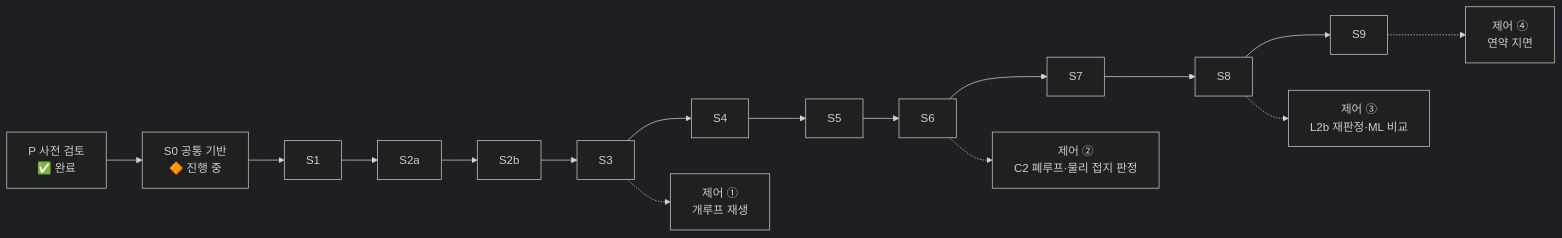
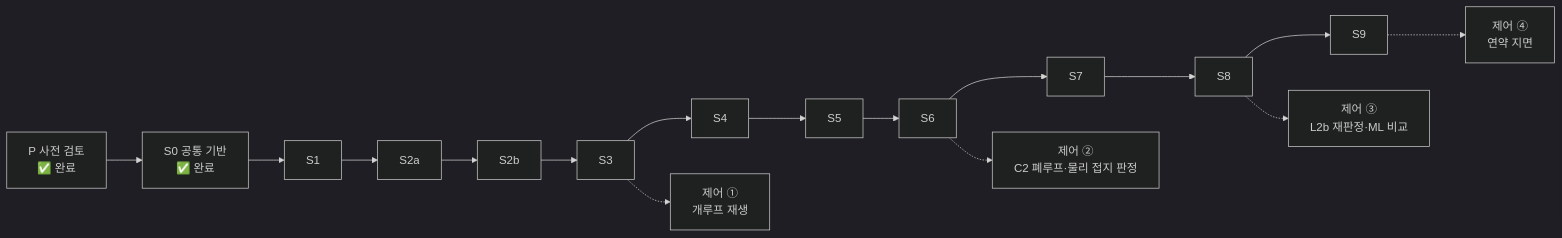
The diagram in 00_docs/00_roadmap.md (jinbeomjeong/outrigger_control), drawn with Mermaid (dark theme) before and after one commit. The commit also changed other lines of this file and 18 other files, not shown here.

````diff
--- a/00_docs/00_roadmap.md
+++ b/00_docs/00_roadmap.md
@@ -17,10 +17,10 @@
 ```mermaid
 flowchart LR
-    P["P 사전 검토<br/>✅ 완료"] --> S0["S0 공통 기반<br/>🔶 진행 중"]
+    P["P 사전 검토<br/>✅ 완료"] --> S0["S0 공통 기반<br/>✅ 완료"]
     S0 --> S1 --> S2a --> S2b --> S3 --> S4 --> S5 --> S6
     S6 --> S7 --> S8 --> S9
     S3 -.-> C1["제어 ①<br/>개루프 재생"]
     S6 -.-> C2["제어 ②<br/>C2 폐루프·물리 접지 판정"]
     S8 -.-> C3["제어 ③<br/>L2b 재판정·ML 비교"]
     S9 -.-> C4["제어 ④<br/>연약 지면"]
 ```
````
